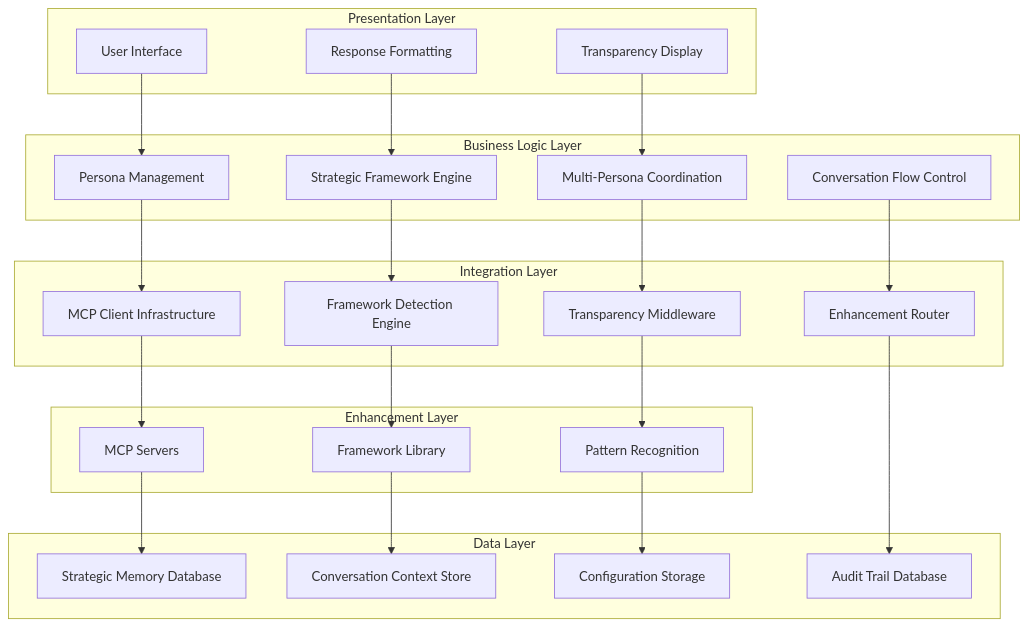
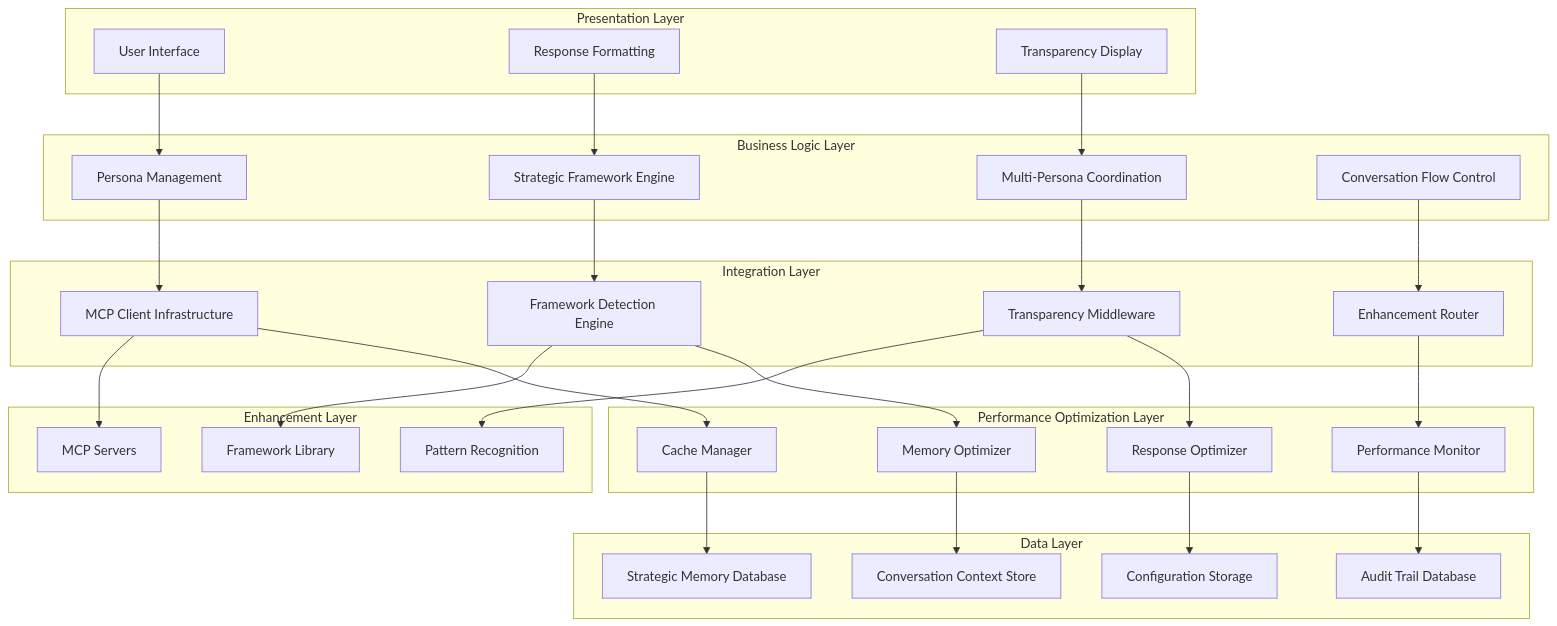
The diagram in docs/architecture/patterns/SYSTEM_ARCHITECTURE_PATTERNS.md (chriscantu/ClaudeDirector), drawn with Mermaid before and after one commit. The commit also changed other lines of this file and 17 other files, not shown here.

First line of the commit message:
Phase 8: Performance Optimization & Enterprise Features - Complete (#91)

````diff
--- a/docs/architecture/patterns/SYSTEM_ARCHITECTURE_PATTERNS.md
+++ b/docs/architecture/patterns/SYSTEM_ARCHITECTURE_PATTERNS.md
@@ -10,53 +10,65 @@
 ```mermaid
 graph TB
     subgraph "Presentation Layer"
         A[User Interface]
         B[Response Formatting]
         C[Transparency Display]
     end
 
     subgraph "Business Logic Layer"
         D[Persona Management]
         E[Strategic Framework Engine]
         F[Multi-Persona Coordination]
         G[Conversation Flow Control]
     end
 
     subgraph "Integration Layer"
         H[MCP Client Infrastructure]
         I[Framework Detection Engine]
         J[Transparency Middleware]
         K[Enhancement Router]
     end
 
     subgraph "Enhancement Layer"
         L[MCP Servers]
         M[Framework Library]
         N[Pattern Recognition]
     end
 
+    subgraph "Performance Optimization Layer"
+        OPT1[Cache Manager]
+        OPT2[Memory Optimizer]
+        OPT3[Response Optimizer]
+        OPT4[Performance Monitor]
+    end
+
     subgraph "Data Layer"
         O[Strategic Memory Database]
         P[Conversation Context Store]
         Q[Configuration Storage]
         R[Audit Trail Database]
     end
 
     A --> D
     B --> E
     C --> F
 
     D --> H
     E --> I
     F --> J
     G --> K
 
     H --> L
     I --> M
     J --> N
 
-    L --> O
-    M --> P
-    N --> Q
-    K --> R
+    H --> OPT1
+    I --> OPT2
+    J --> OPT3
+    K --> OPT4
+
+    OPT1 --> O
+    OPT2 --> P
+    OPT3 --> Q
+    OPT4 --> R
 ```
````
